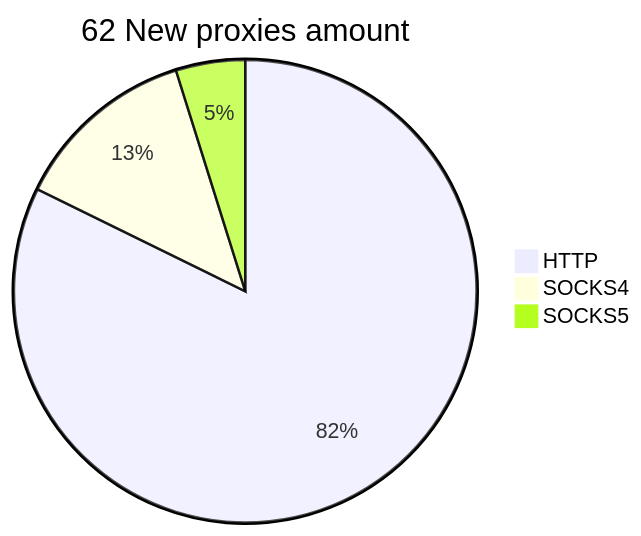
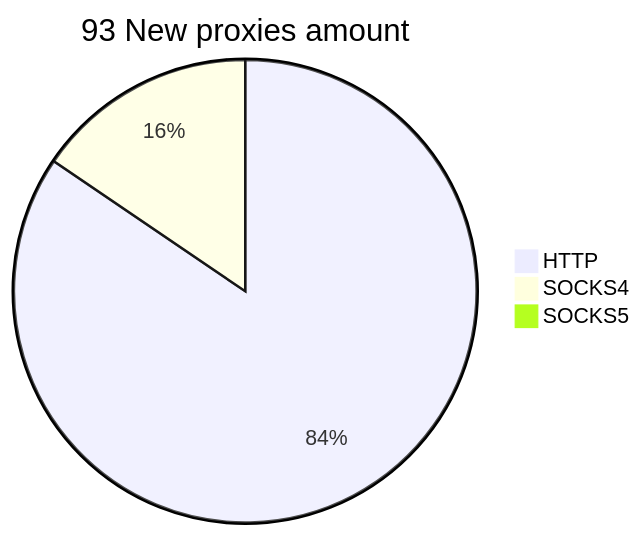
Before and after one commit to cutipu/proxylist: the second of 2 diagrams in README.md, drawn with Mermaid. The commit also changed other lines of this file, not shown here.

````diff
--- a/README.md
+++ b/README.md
@@ -10,6 +10,6 @@
 ```mermaid
-pie title 62 New proxies amount
-    "HTTP" : 51
-    "SOCKS4" : 8
-    "SOCKS5" : 3
+pie title 93 New proxies amount
+    "HTTP" : 109
+    "SOCKS4" : 20
+    "SOCKS5" : 0
 ```
````
